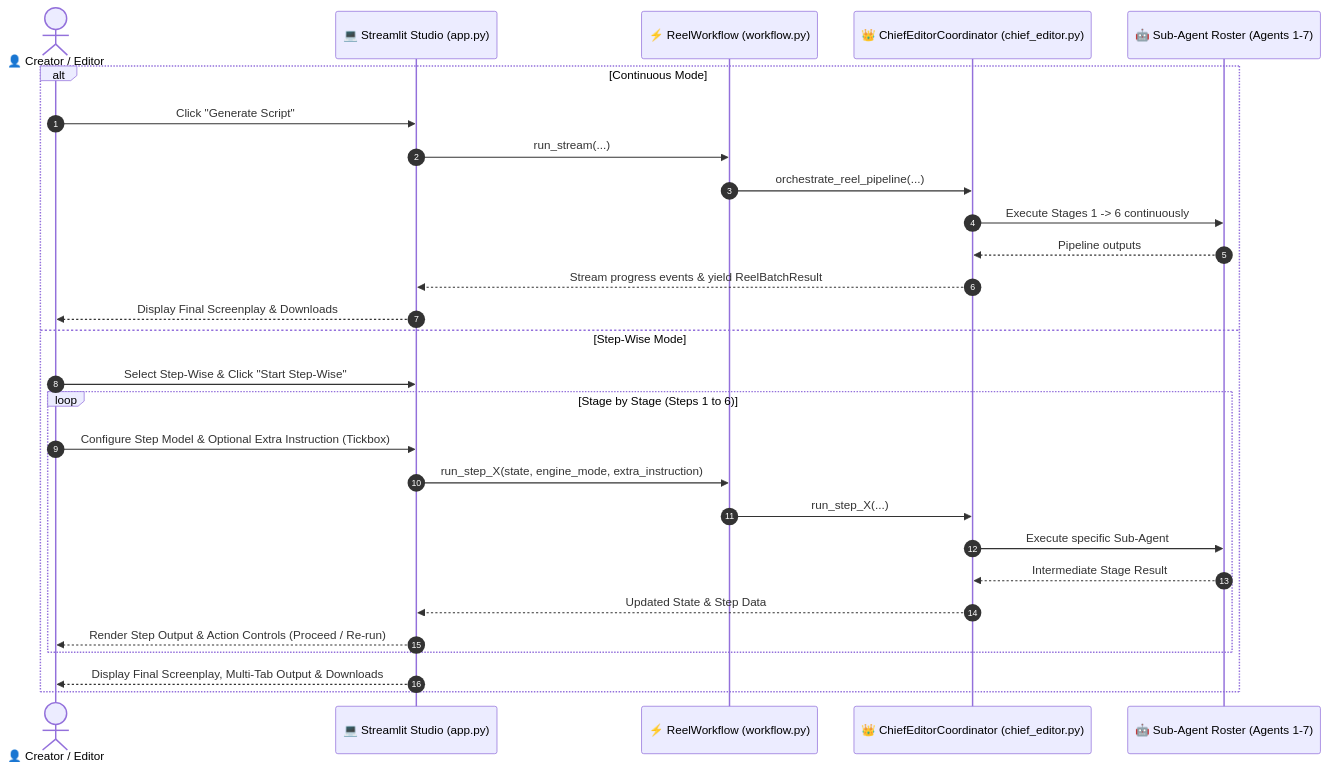
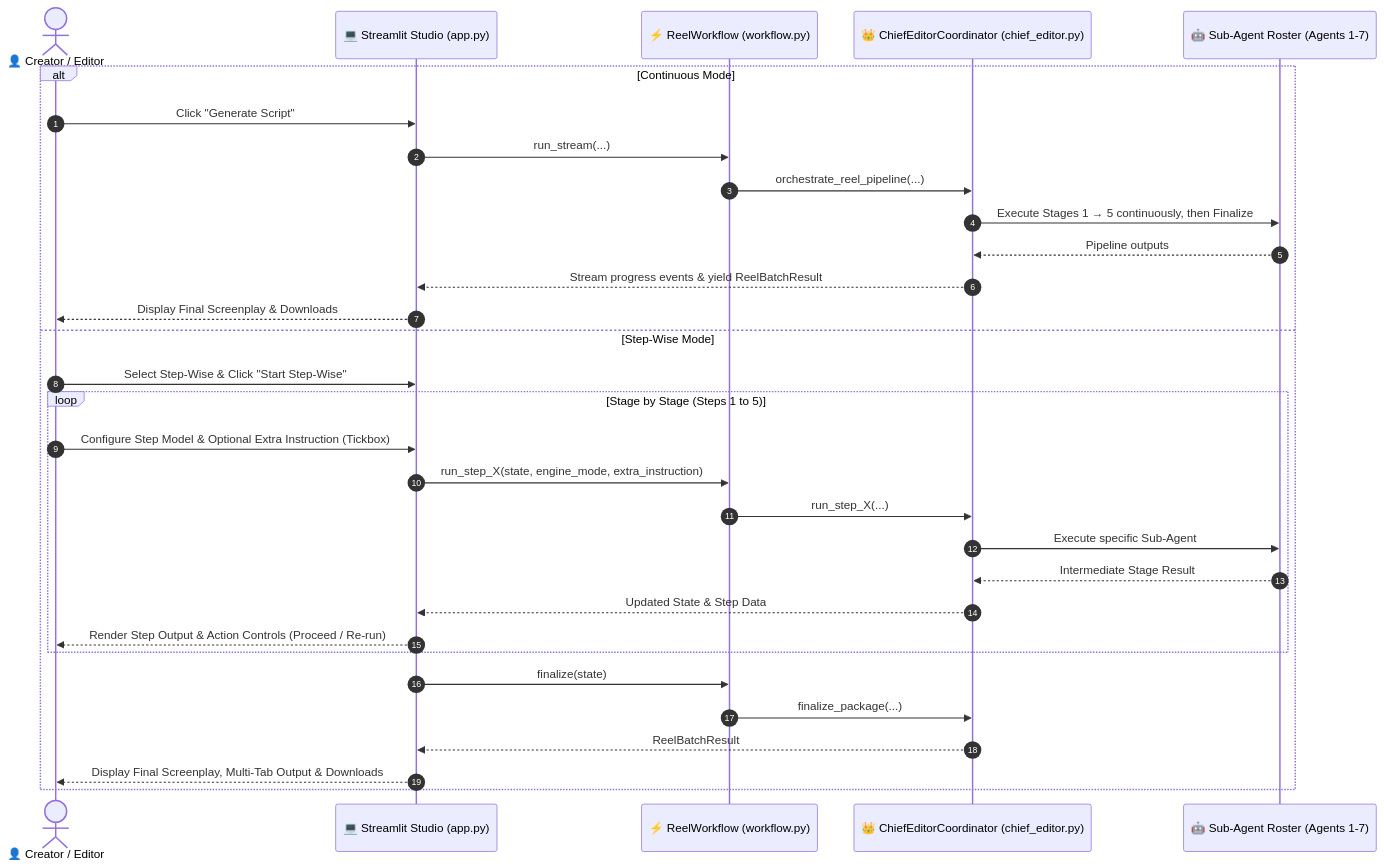
Before and after one commit to abhi266raj/ai-script-maker: the diagram in REQUIREMENTS.md, drawn with Mermaid. The commit also changed other lines of this file and 12 other files, not shown here.

````diff
--- a/REQUIREMENTS.md
+++ b/REQUIREMENTS.md
@@ -158,31 +158,34 @@
 ```mermaid
 sequenceDiagram
     autonumber
     actor User as 👤 Creator / Editor
     participant UI as 💻 Streamlit Studio (app.py)
     participant WF as ⚡ ReelWorkflow (workflow.py)
     participant CE as 👑 ChiefEditorCoordinator (chief_editor.py)
     participant SubAgents as 🤖 Sub-Agent Roster (Agents 1-7)
 
     alt Continuous Mode
         User->>UI: Click "Generate Script"
         UI->>WF: run_stream(...)
         WF->>CE: orchestrate_reel_pipeline(...)
-        CE->>SubAgents: Execute Stages 1 -> 6 continuously
+        CE->>SubAgents: Execute Stages 1 → 5 continuously, then Finalize
         SubAgents-->>CE: Pipeline outputs
         CE-->>UI: Stream progress events & yield ReelBatchResult
         UI-->>User: Display Final Screenplay & Downloads
     else Step-Wise Mode
         User->>UI: Select Step-Wise & Click "Start Step-Wise"
-        loop Stage by Stage (Steps 1 to 6)
+        loop Stage by Stage (Steps 1 to 5)
             User->>UI: Configure Step Model & Optional Extra Instruction (Tickbox)
             UI->>WF: run_step_X(state, engine_mode, extra_instruction)
             WF->>CE: run_step_X(...)
             CE->>SubAgents: Execute specific Sub-Agent
             SubAgents-->>CE: Intermediate Stage Result
             CE-->>UI: Updated State & Step Data
             UI-->>User: Render Step Output & Action Controls (Proceed / Re-run)
         end
+        UI->>WF: finalize(state)
+        WF->>CE: finalize_package(...)
+        CE-->>UI: ReelBatchResult
         UI-->>User: Display Final Screenplay, Multi-Tab Output & Downloads
     end
 ```
````
